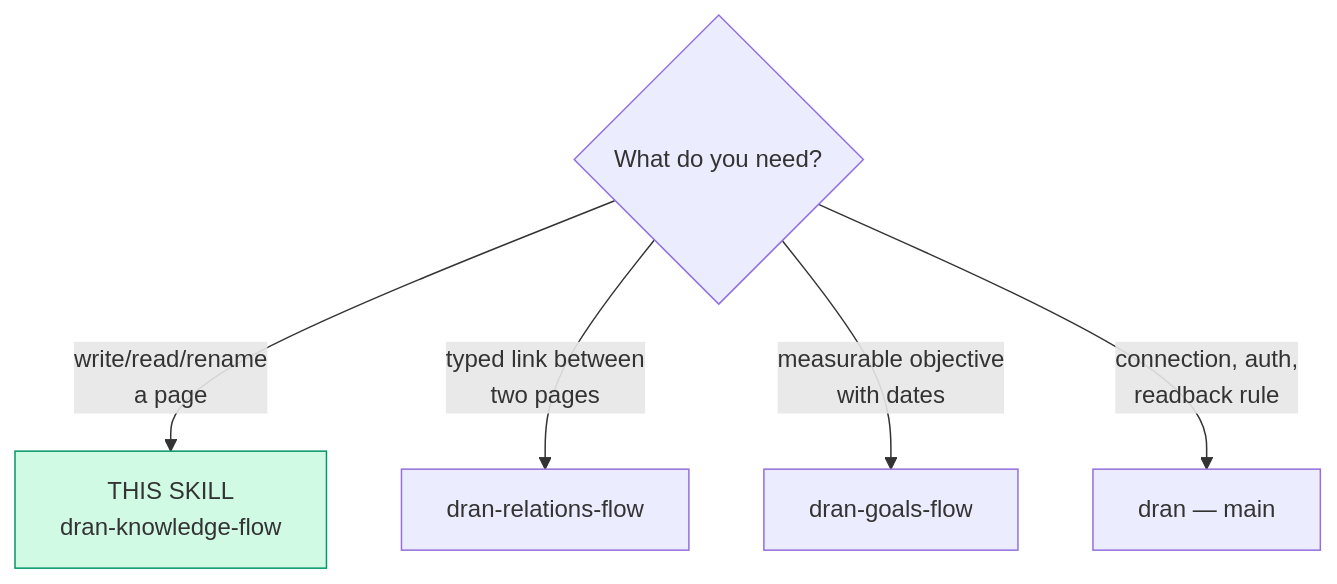
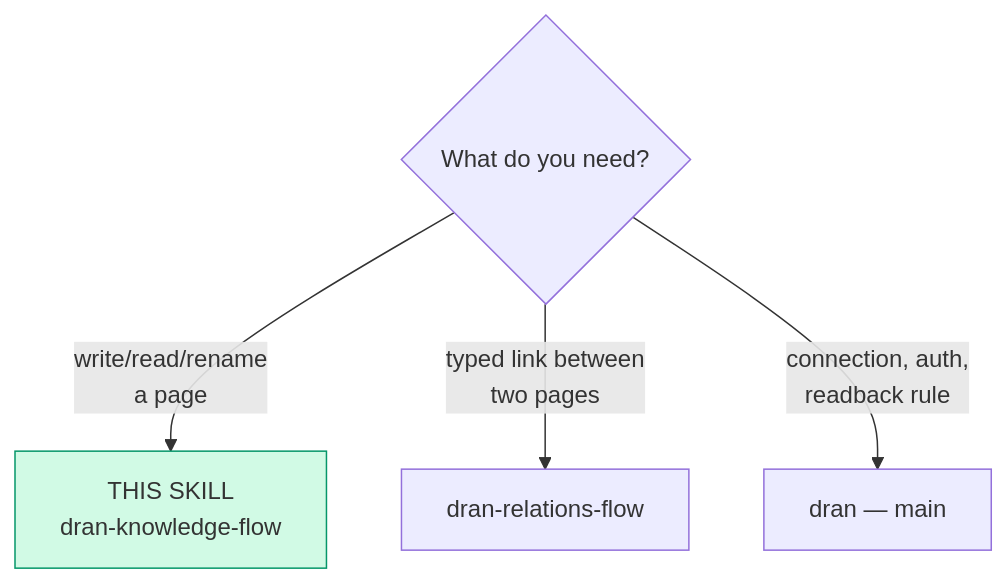
One commit to alvarolizama/dran changed the first of 2 diagrams in skills/dran-knowledge-flow/SKILL.md. Above: the diagram before and after it, drawn with Mermaid. The commit also changed other lines of this file and 71 other files, not shown here.

````diff
--- a/skills/dran-knowledge-flow/SKILL.md
+++ b/skills/dran-knowledge-flow/SKILL.md
@@ -21,9 +21,8 @@
 ```mermaid
 flowchart TD
   Q{What do you need?} -->|"write/read/rename\na page"| SELF["THIS SKILL\ndran-knowledge-flow"]
   Q -->|"typed link between\ntwo pages"| R[dran-relations-flow]
-  Q -->|"measurable objective\nwith dates"| G[dran-goals-flow]
   Q -->|"connection, auth,\nreadback rule"| D[dran — main]
 
   style SELF fill:#d1fae5,stroke:#059669
 ```
````
